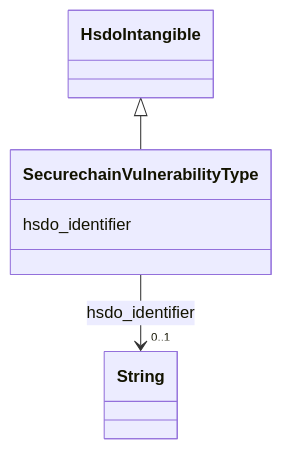
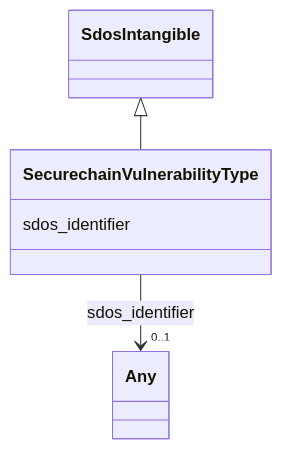
One commit to frink-okn/graph-descriptions changed the diagram in secure-chain-kg/classes/SecurechainVulnerabilityType.md. Above: the diagram before and after it, drawn with Mermaid. The commit also changed other lines of this file and 75 other files, not shown here.

````diff
--- a/secure-chain-kg/classes/SecurechainVulnerabilityType.md
+++ b/secure-chain-kg/classes/SecurechainVulnerabilityType.md
@@ -23,18 +18,18 @@
 ```mermaid
  classDiagram
     class SecurechainVulnerabilityType
     click SecurechainVulnerabilityType href "../SecurechainVulnerabilityType"
-      HsdoIntangible <|-- SecurechainVulnerabilityType
-        click HsdoIntangible href "../HsdoIntangible"
+      SdosIntangible <|-- SecurechainVulnerabilityType
+        click SdosIntangible href "../SdosIntangible"
       
-      SecurechainVulnerabilityType : hsdo_identifier
+      SecurechainVulnerabilityType : sdos_identifier
         
           
     
     
-    SecurechainVulnerabilityType --> "0..1" String : hsdo_identifier
-    click String href "../String"
+    SecurechainVulnerabilityType --> "0..1" Any : sdos_identifier
+    click Any href "../Any"
 
         
       
 ```
````
